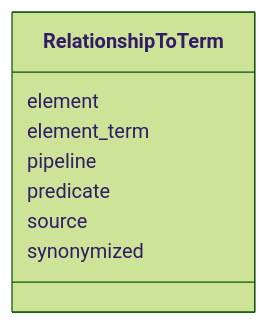
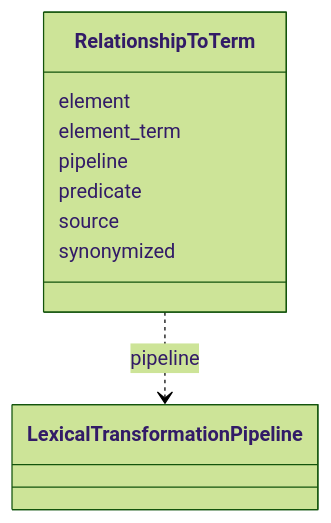
One commit to INCATools/ontology-access-kit changed the diagram in lexical-index/RelationshipToTerm.md. Above: the diagram before and after it, drawn with Mermaid (forest theme). The commit also changed other lines of this file and 1783 other files, not shown here.

````diff
--- a/lexical-index/RelationshipToTerm.md
+++ b/lexical-index/RelationshipToTerm.md
@@ -11,11 +11,19 @@
 ```{mermaid}
  classDiagram
     class RelationshipToTerm
       RelationshipToTerm : element
+        
       RelationshipToTerm : element_term
+        
       RelationshipToTerm : pipeline
+        
+          RelationshipToTerm ..> LexicalTransformationPipeline : pipeline
+        
       RelationshipToTerm : predicate
+        
       RelationshipToTerm : source
+        
       RelationshipToTerm : synonymized
+        
       
 ```
````
